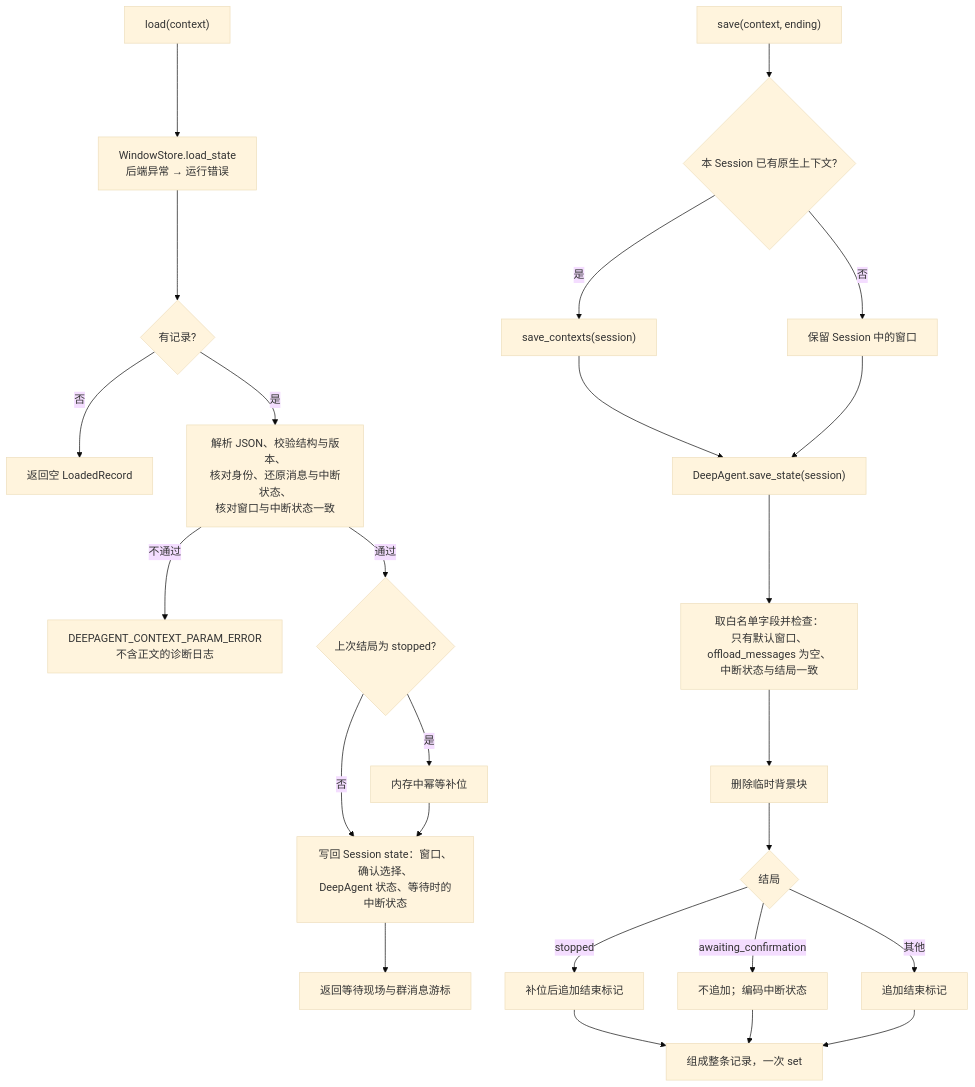
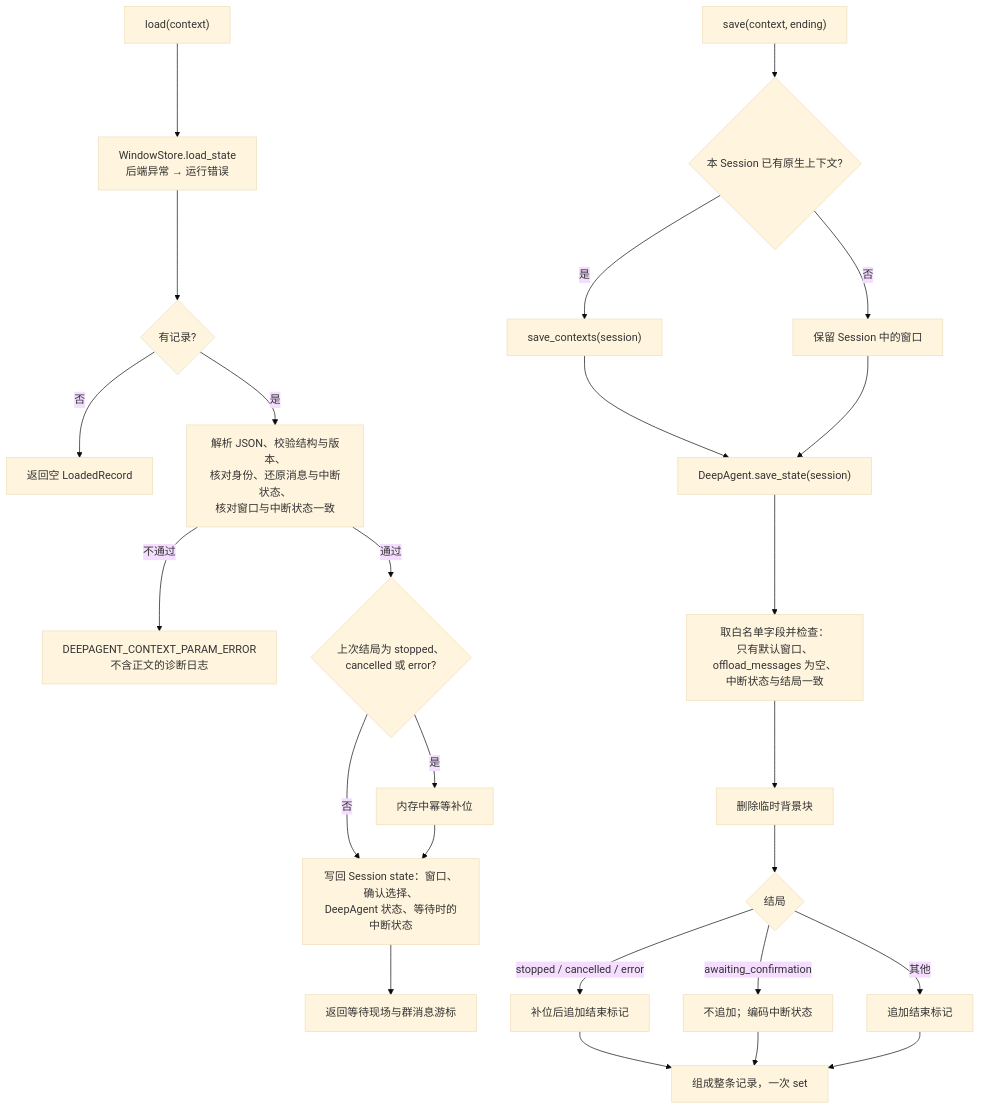
The second of 2 diagrams in openjiuwen/harness/persistent_agent/docs/features/F_17_session-state-record.md (openJiuwen-ai/agent-core), drawn with Mermaid (base theme) before and after one commit. The commit also changed other lines of this file and 6 other files, not shown here.

````diff
--- a/openjiuwen/harness/persistent_agent/docs/features/F_17_session-state-record.md
+++ b/openjiuwen/harness/persistent_agent/docs/features/F_17_session-state-record.md
@@ -293,28 +295,28 @@
 ```mermaid
 flowchart TD
     L0["load(context)"] --> L1["WindowStore.load_state<br/>后端异常 → 运行错误"]
     L1 --> L2{"有记录?"}
     L2 -- 否 --> L3["返回空 LoadedRecord"]
     L2 -- 是 --> L4["解析 JSON、校验结构与版本、<br/>核对身份、还原消息与中断状态、<br/>核对窗口与中断状态一致"]
     L4 -- 不通过 --> LX["DEEPAGENT_CONTEXT_PARAM_ERROR<br/>不含正文的诊断日志"]
-    L4 -- 通过 --> L5{"上次结局为 stopped?"}
+    L4 -- 通过 --> L5{"上次结局为 stopped、<br/>cancelled 或 error?"}
     L5 -- 是 --> L6["内存中幂等补位"]
     L5 -- 否 --> L7
     L6 --> L7["写回 Session state：窗口、确认选择、<br/>DeepAgent 状态、等待时的中断状态"]
     L7 --> L8["返回等待现场与群消息游标"]
 
     S0["save(context, ending)"] --> S1{"本 Session 已有原生上下文?"}
     S1 -- 是 --> S2["save_contexts(session)"]
     S1 -- 否 --> S3["保留 Session 中的窗口"]
     S2 --> S4["DeepAgent.save_state(session)"]
     S3 --> S4
     S4 --> S5["取白名单字段并检查：<br/>只有默认窗口、offload_messages 为空、<br/>中断状态与结局一致"]
     S5 --> S6["删除临时背景块"]
     S6 --> S7{"结局"}
-    S7 -- stopped --> S8["补位后追加结束标记"]
+    S7 -- "stopped / cancelled / error" --> S8["补位后追加结束标记"]
     S7 -- awaiting_confirmation --> S9["不追加；编码中断状态"]
     S7 -- 其他 --> S10["追加结束标记"]
     S8 --> S11["组成整条记录，一次 set"]
     S9 --> S11
     S10 --> S11
 ```
````
